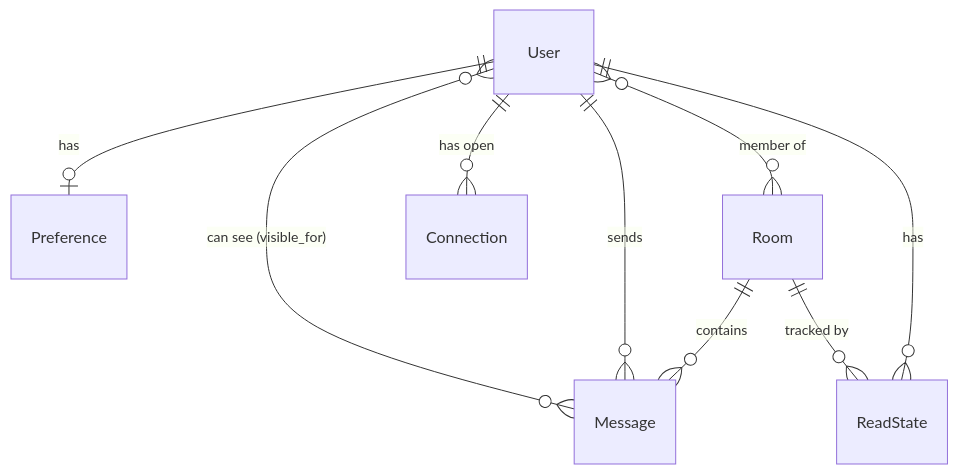
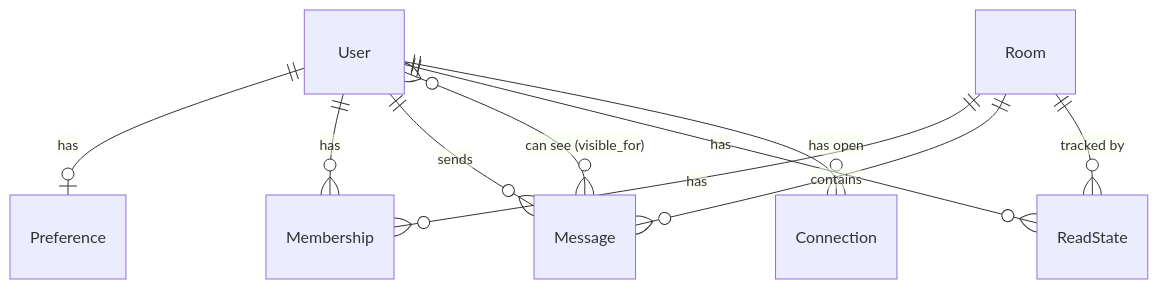
One commit to achuthvarghese/django-realtime-chat changed the diagram in docs/data-model.md. Above: the diagram before and after it, drawn with Mermaid. The commit also changed other lines of this file and 6 other files, not shown here.

````diff
--- a/docs/data-model.md
+++ b/docs/data-model.md
@@ -3,11 +3,12 @@
 ```mermaid
 erDiagram
     User ||--o| Preference : "has"
-    User }o--o{ Room : "member of"
+    User ||--o{ Membership : "has"
+    Room ||--o{ Membership : "has"
     Room ||--o{ Message : "contains"
     User ||--o{ Message : "sends"
     User }o--o{ Message : "can see (visible_for)"
     User ||--o{ ReadState : "has"
     Room ||--o{ ReadState : "tracked by"
     User ||--o{ Connection : "has open"
 ```
````
